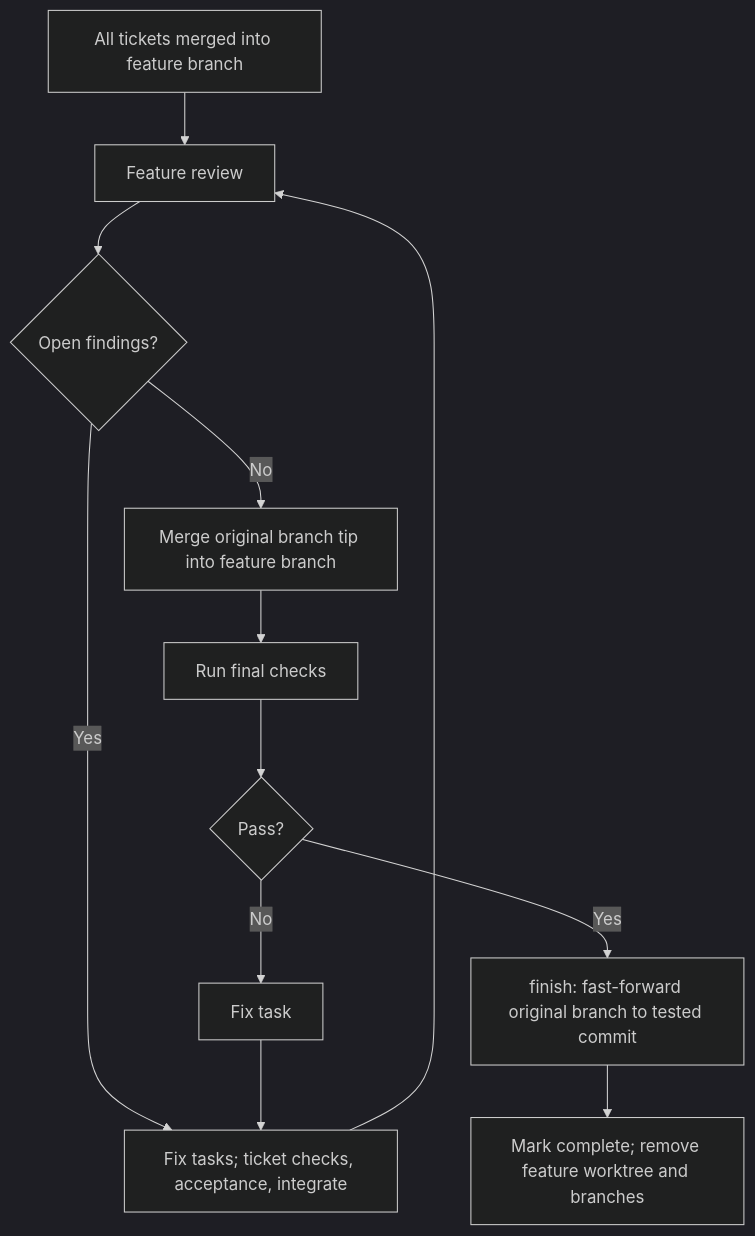
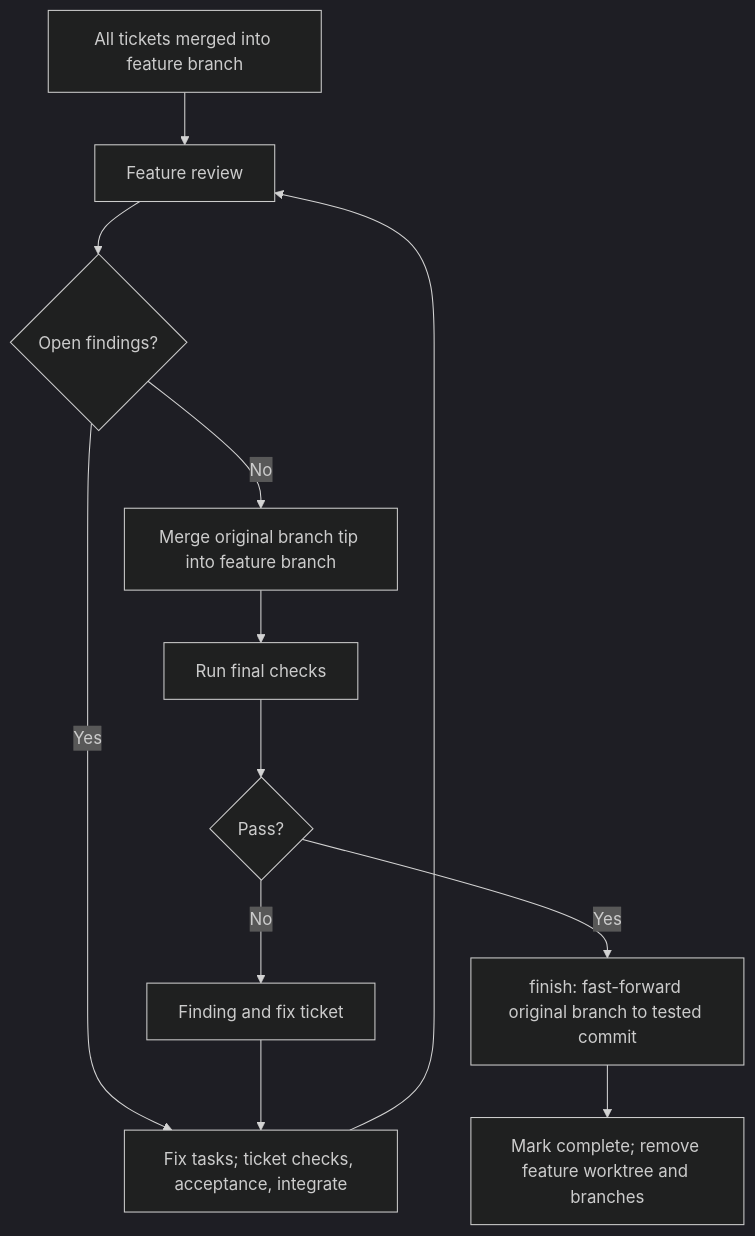
The seventh of 7 diagrams in SDD-WORKFLOWS.md (UseTheFork/spindle), drawn with Mermaid (dark theme) before and after one commit. The commit also changed other lines of this file, not shown here.

Commit message:
feat: enhance SDD workflows with detailed task and ticket definitions

````diff
--- a/SDD-WORKFLOWS.md
+++ b/SDD-WORKFLOWS.md
@@ -266,14 +408,14 @@
 ```mermaid
 flowchart TD
     A["All tickets merged into feature branch"] --> B["Feature review"]
     B --> C{"Open findings?"}
     C -->|"Yes"| D["Fix tasks; ticket checks, acceptance, integrate"]
     D --> B
     C -->|"No"| E["Merge original branch tip into feature branch"]
     E --> F["Run final checks"]
     F --> G{"Pass?"}
-    G -->|"No"| H["Fix task"]
+    G -->|"No"| H["Finding and fix ticket"]
     H --> D
     G -->|"Yes"| I["finish: fast-forward original branch to tested commit"]
     I --> J["Mark complete; remove feature worktree and branches"]
 ```
````
